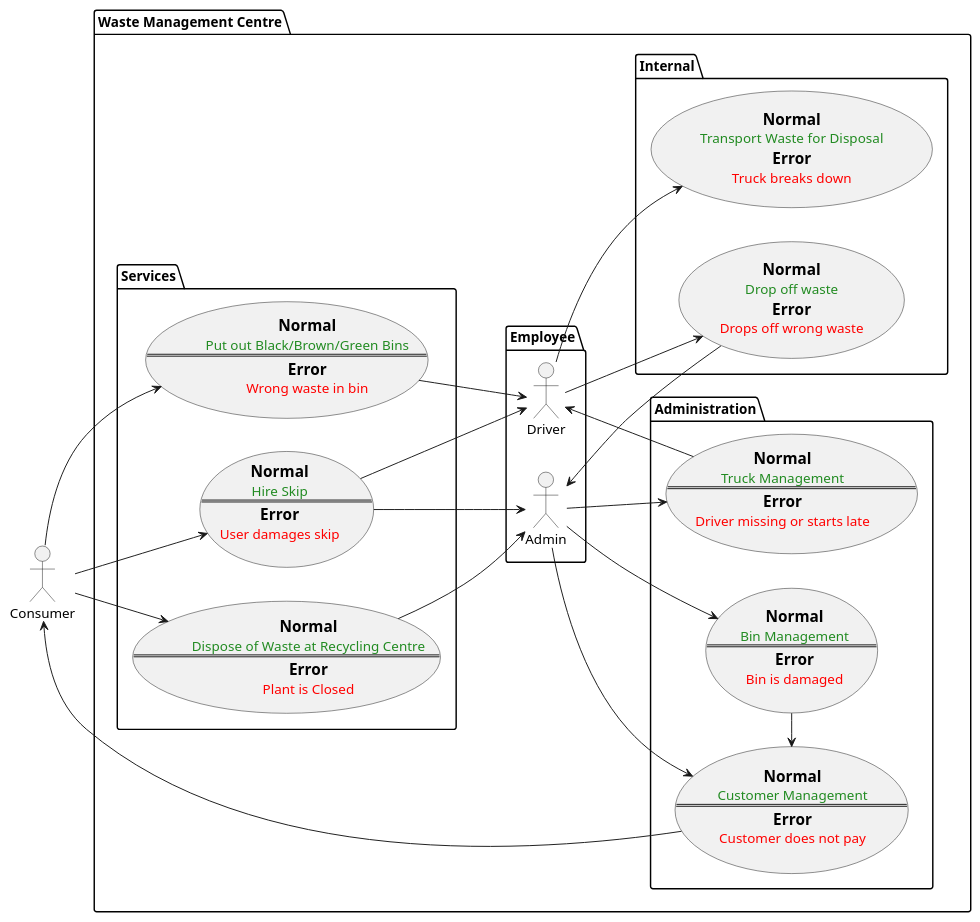
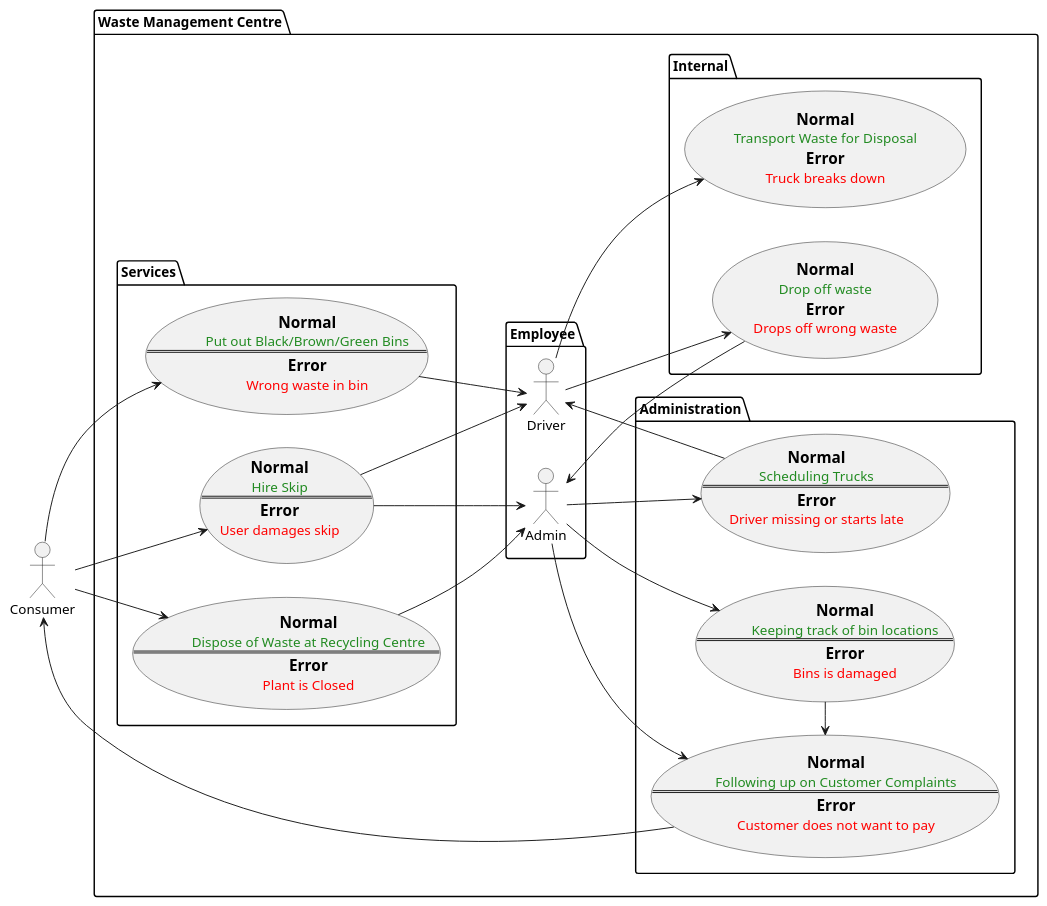
The diagram in UML.wsd (tedski999/CSU22041-InformationManagement-Group8), drawn with PlantUML before and after one commit. The commit also changed 1 other file, not shown here.

Commit message:
Started Class Diagrams

```diff
--- a/UML.wsd
+++ b/UML.wsd
@@ -1,98 +1,98 @@
 @startuml Waste Management Company
 
 left to right direction
 actor Consumer as c
 
 package "Waste Management Centre" {
 	package Employee {
 		actor Driver as d
 		actor Admin as a
 	}
 
 	package Services {
 		usecase centre as "
 				== Normal
 				<color:#228B22>Dispose of Waste at Recycling Centre
 				==
 				== Error
 				<color:#FF0000>Plant is Closed"
 		
 		usecase bins as "
 				== Normal
 				<color:#228B22>Put out Black/Brown/Green Bins
 				==
 				== Error
 				<color:#FF0000>Wrong waste in bin"
 		
 		usecase skip as "
 				== Normal
 				<color:#228B22>Hire Skip
 				==
 				== Error
 				<color:#FF0000>User damages skip"
 	}
 
 	package Internal {
 		usecase transport as "
 				== Normal
 				<color:#228B22>Transport Waste for Disposal
 				== Error
 				<color:#FF0000>Truck breaks down"
 
 		usecase dropoff as "
 				== Normal
 				<color:#228B22>Drop off waste
 				== Error
 				<color:#FF0000>Drops off wrong waste"
 	}
 
 	package Administration {
 
 		usecase truckmanage as "
 				== Normal
-				<color:#228B22>Truck Management
+				<color:#228B22>Scheduling Trucks
 				==
 				== Error
 				<color:#FF0000>Driver missing or starts late"
 
 		usecase customermanage as "
 				== Normal
-				<color:#228B22>Customer Management
+				<color:#228B22>Following up on Customer Complaints
 				==
 				== Error
-				<color:#FF0000>Customer does not pay"
+				<color:#FF0000>Customer does not want to pay"
 
 		usecase binmanage as "
 				== Normal
-				<color:#228B22>Bin Management
+				<color:#228B22>Keeping track of bin locations
 				==
 				== Error
-				<color:#FF0000>Bin is damaged"
+				<color:#FF0000>Bins is damaged"
 	}
 }
 
 c --> centre
 c --> bins
 c --> skip
 
 bins --> d
 skip --> d
 
 d --> transport
 d --> dropoff
 
 dropoff --> a
 
 a --> truckmanage
 a --> customermanage
 a --> binmanage
 
 customermanage -> c
 truckmanage -> d
 binmanage -> customermanage
 
 centre --> a
 skip --> a
 
 
 @enduml
```
